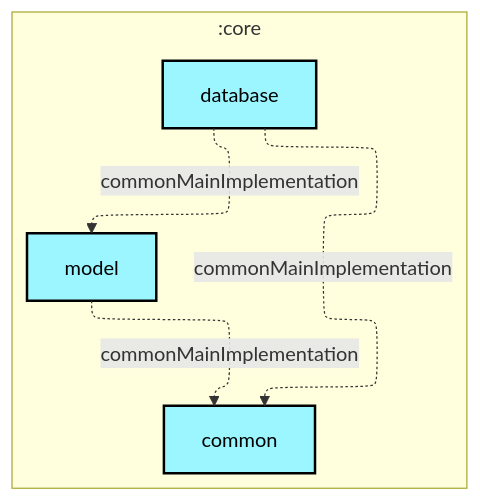
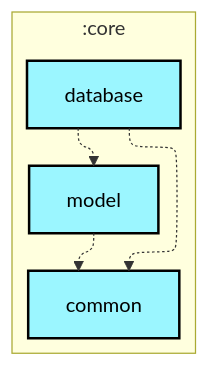
One commit to woods-marshes/chat-multiplatform changed the first of 2 diagrams in core/database/README.md. Above: the diagram before and after it, drawn with Mermaid. The commit also changed 11 other files, not shown here.

````diff
--- a/core/database/README.md
+++ b/core/database/README.md
@@ -6,24 +6,24 @@
 ```mermaid
 ---
 config:
   layout: elk
   elk:
     nodePlacementStrategy: SIMPLE
 ---
 graph TB
   subgraph :core
     direction TB
     :core:common[common]:::kotlin-multiplatform
     :core:database[database]:::kotlin-multiplatform
     :core:model[model]:::kotlin-multiplatform
   end
 
-  :core:database -.->|commonMainImplementation| :core:common
-  :core:database -.->|commonMainImplementation| :core:model
-  :core:model -.->|commonMainImplementation| :core:common
+  :core:database -.-> :core:common
+  :core:database -.-> :core:model
+  :core:model -.-> :core:common
 
 classDef android-application fill:#CAFFBF,stroke:#000,stroke-width:2px,color:#000;
 classDef compose-multiplatform fill:#FFD6A5,stroke:#000,stroke-width:2px,color:#000;
 classDef kotlin-multiplatform fill:#9BF6FF,stroke:#000,stroke-width:2px,color:#000;
 classDef unknown fill:#FFADAD,stroke:#000,stroke-width:2px,color:#000;
 ```
````
